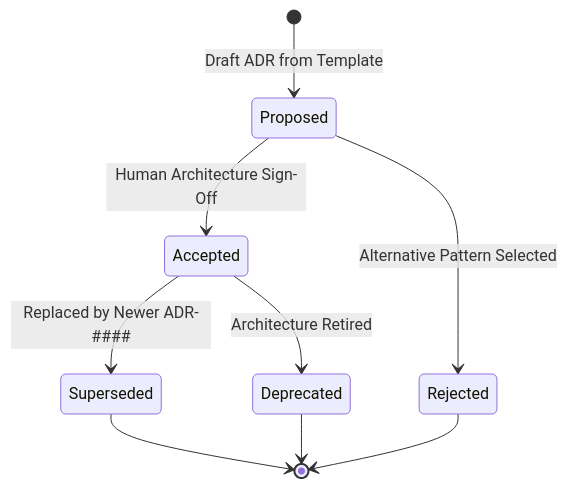
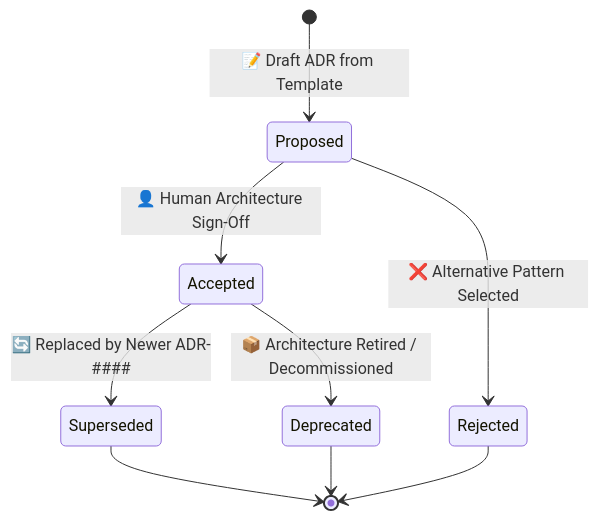
One commit to rmsofficialsyt/Agentic-AI-Vibe-Coding-AND-SDD-TDD-Codebase-Chandan-Adhikary changed the diagram in SDD-TDD-Chandan-Adhikary/Spec-Driven-Development/docs/adrs/README.md. Above: the diagram before and after it, drawn with Mermaid. The commit also changed 23 other files, not shown here.

Commit message:
docs: redesign diagrams to Eraser.io visual style and regenerate MANIFEST.json

````diff
--- a/SDD-TDD-Chandan-Adhikary/Spec-Driven-Development/docs/adrs/README.md
+++ b/SDD-TDD-Chandan-Adhikary/Spec-Driven-Development/docs/adrs/README.md
@@ -24,13 +24,13 @@
 ```mermaid
 stateDiagram-v2
-    [*] --> Proposed: Draft ADR from Template
-    Proposed --> Accepted: Human Architecture Sign-Off
-    Proposed --> Rejected: Alternative Pattern Selected
+    [*] --> Proposed: 📝 Draft ADR from Template
+    Proposed --> Accepted: 👤 Human Architecture Sign-Off
+    Proposed --> Rejected: ❌ Alternative Pattern Selected
     
-    Accepted --> Superseded: Replaced by Newer ADR-####
-    Accepted --> Deprecated: Architecture Retired
+    Accepted --> Superseded: 🔄 Replaced by Newer ADR-####
+    Accepted --> Deprecated: 📦 Architecture Retired / Decommissioned
     
     Superseded --> [*]
     Deprecated --> [*]
     Rejected --> [*]
 ```
````
